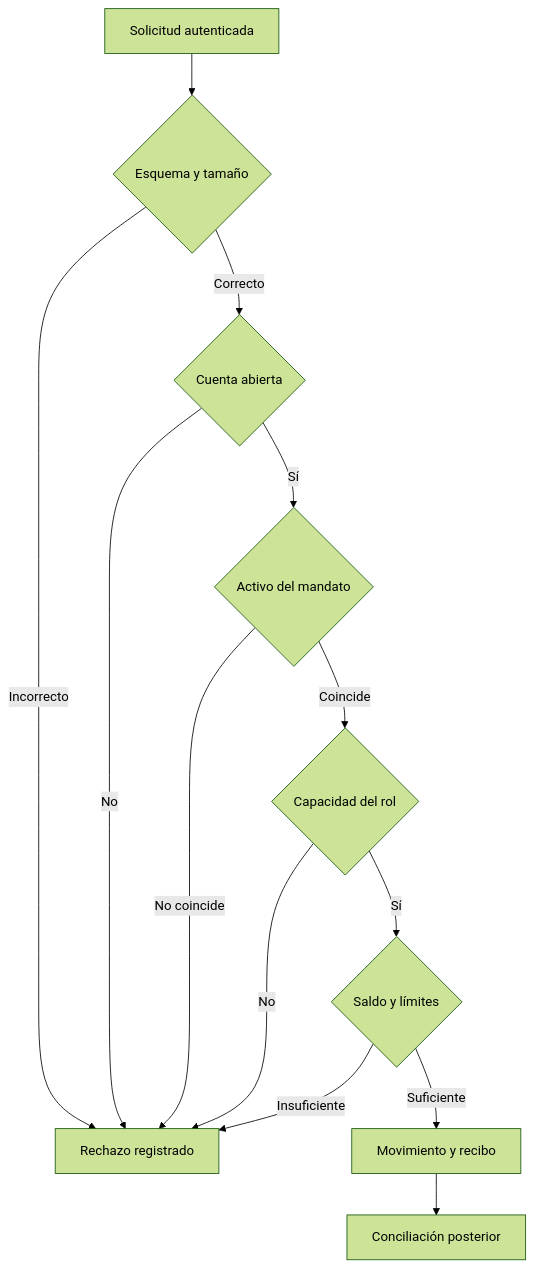
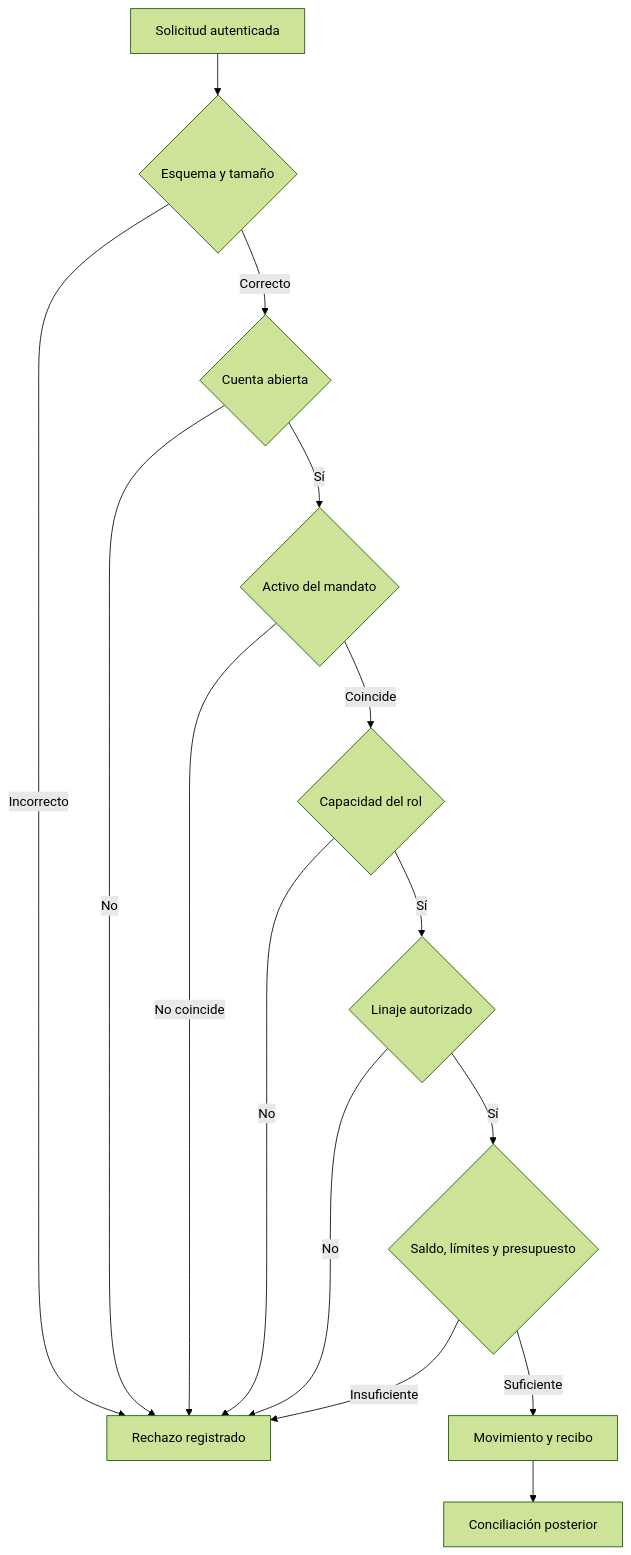
One commit to SolguardLabs/CitadelDTL changed the first of 3 diagrams in docs/03-seguridad-operativa.md. Above: the diagram before and after it, drawn with Mermaid (forest theme). The commit also changed 17 other files, not shown here.

````diff
--- a/docs/03-seguridad-operativa.md
+++ b/docs/03-seguridad-operativa.md
@@ -21,15 +21,17 @@
 ```mermaid
 flowchart TD
     REQ["Solicitud autenticada"] --> SCHEMA{"Esquema y tamaño"}
     SCHEMA -->|Incorrecto| REJECT["Rechazo registrado"]
     SCHEMA -->|Correcto| ACCOUNT{"Cuenta abierta"}
     ACCOUNT -->|No| REJECT
     ACCOUNT -->|Sí| ASSET{"Activo del mandato"}
     ASSET -->|No coincide| REJECT
     ASSET -->|Coincide| CAPABILITY{"Capacidad del rol"}
     CAPABILITY -->|No| REJECT
-    CAPABILITY -->|Sí| LIMIT{"Saldo y límites"}
+    CAPABILITY -->|Sí| LINEAGE{"Linaje autorizado"}
+    LINEAGE -->|No| REJECT
+    LINEAGE -->|Sí| LIMIT{"Saldo, límites y presupuesto"}
     LIMIT -->|Insuficiente| REJECT
     LIMIT -->|Suficiente| COMMIT["Movimiento y recibo"]
     COMMIT --> AUDIT["Conciliación posterior"]
 ```
````
